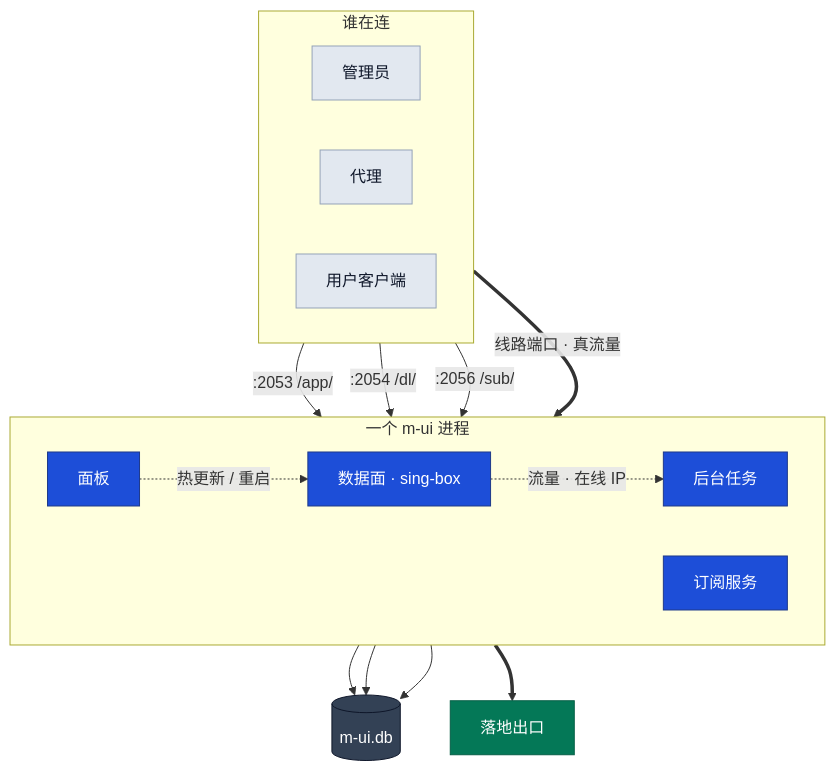
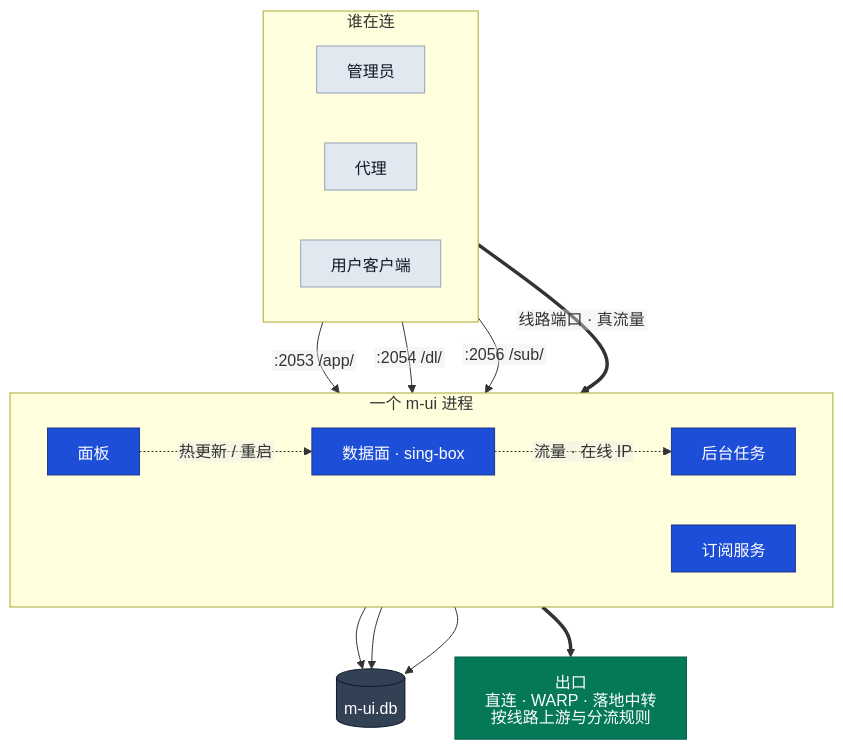
Before and after one commit to zqf20096327/dbhub_collect: the first of 5 diagrams in data/readmes/Maoyangui__m-ui.md, drawn with Mermaid. The commit also changed other lines of this file and 364 other files, not shown here.

````diff
--- a/data/readmes/Maoyangui__m-ui.md
+++ b/data/readmes/Maoyangui__m-ui.md
@@ -79,38 +79,46 @@
 ```mermaid
+---
+config:
+  htmlLabels: false
+  markdownAutoWrap: false
+  flowchart:
+    htmlLabels: false
+    wrappingWidth: 600
+---
 flowchart TB
   subgraph WHO["谁在连"]
     direction LR
     ADM["管理员"]
     DLR["代理"]
     APP["用户客户端"]
   end
 
   subgraph PROC["一个 m-ui 进程"]
     direction LR
     WEB["面板"]
     SUB["订阅服务"]
     CORE["数据面 · sing-box"]
     BG["后台任务"]
   end
 
   ADM -->|":2053 /app/"| WEB
   DLR -->|":2054 /dl/"| WEB
   APP -->|":2056 /sub/"| SUB
   APP ==>|"线路端口 · 真流量"| CORE
   WEB -.->|"热更新 / 重启"| CORE
   CORE -.->|"流量 · 在线 IP"| BG
   WEB --> DB[("m-ui.db")]
   SUB --> DB
   BG --> DB
-  CORE ==> OUT["落地出口"]
+  CORE ==> OUT["出口<br/>直连 · WARP · 落地中转<br/>按线路上游与分流规则"]
 
   classDef svc fill:#1d4ed8,stroke:#1e3a8a,color:#ffffff,stroke-width:1px
   classDef who fill:#e2e8f0,stroke:#94a3b8,color:#0f172a,stroke-width:1px
   classDef data fill:#334155,stroke:#0f172a,color:#ffffff,stroke-width:1px
   classDef exit fill:#047857,stroke:#065f46,color:#ffffff,stroke-width:1px
   classDef warn fill:#b91c1c,stroke:#7f1d1d,color:#ffffff,stroke-width:1px
   class ADM,DLR,APP who
   class WEB,SUB,CORE,BG svc
   class DB data
   class OUT exit
 ```
````
